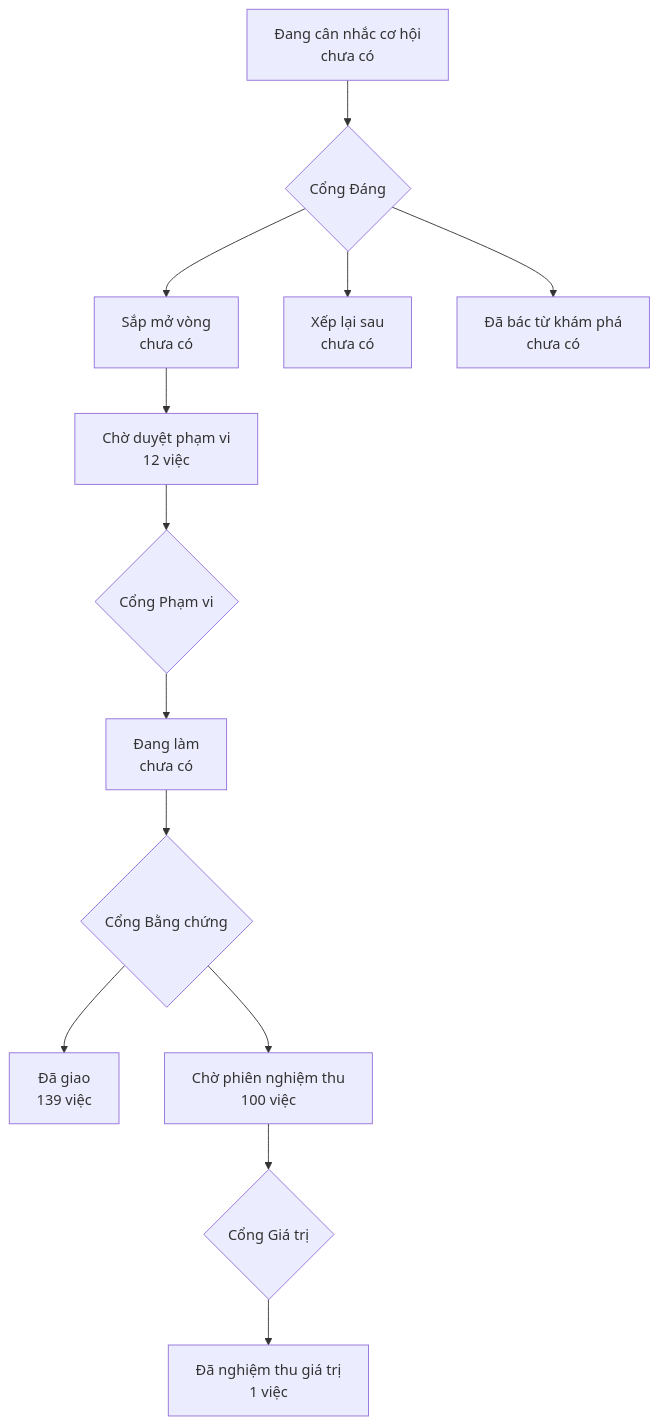
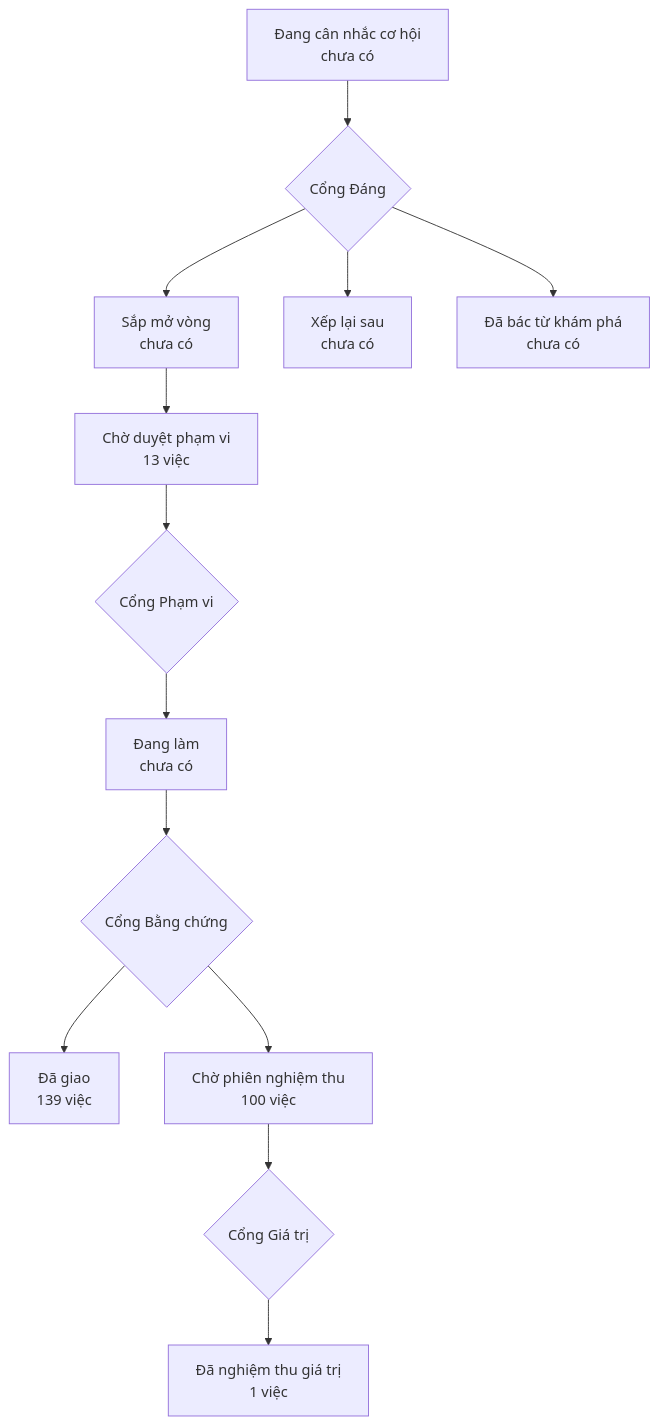
One commit to phanlemanh/onehub-invest changed the diagram in PRODUCT-MAP.md. Above: the diagram before and after it, drawn with Mermaid. The commit also changed other lines of this file and 1 other file, not shown here.

Commit message:
chore(acceptance): sinh lại PRODUCT-MAP + LO-TRINH cho hồ sơ reui-mcp-key

````diff
--- a/PRODUCT-MAP.md
+++ b/PRODUCT-MAP.md
@@ -7,12 +7,12 @@
 ```mermaid
 flowchart TD
   A["Đang cân nhắc cơ hội<br/>chưa có"] --> GD{"Cổng Đáng"}
   GD --> B["Sắp mở vòng<br/>chưa có"]
   GD --> XL["Xếp lại sau<br/>chưa có"]
   GD --> DB["Đã bác từ khám phá<br/>chưa có"]
-  B --> CD["Chờ duyệt phạm vi<br/>12 việc"] --> GP{"Cổng Phạm vi"}
+  B --> CD["Chờ duyệt phạm vi<br/>13 việc"] --> GP{"Cổng Phạm vi"}
   GP --> DL["Đang làm<br/>chưa có"] --> GB{"Cổng Bằng chứng"}
   GB --> DG["Đã giao<br/>139 việc"]
   GB --> CN["Chờ phiên nghiệm thu<br/>100 việc"] --> GG{"Cổng Giá trị"}
   GG --> NT["Đã nghiệm thu giá trị<br/>1 việc"]
 ```
````
